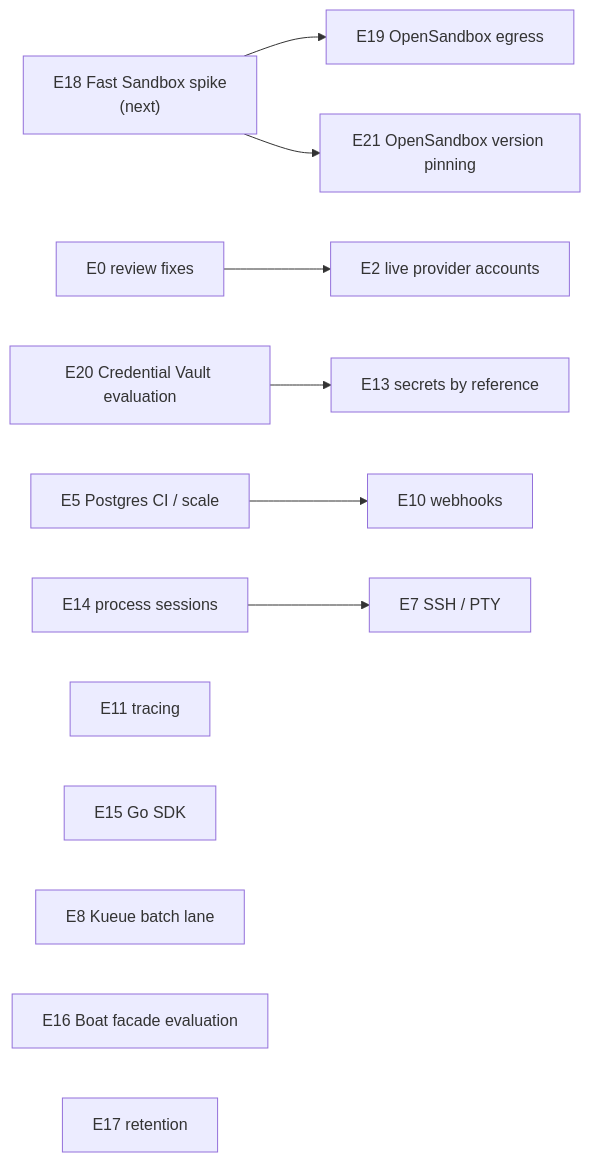
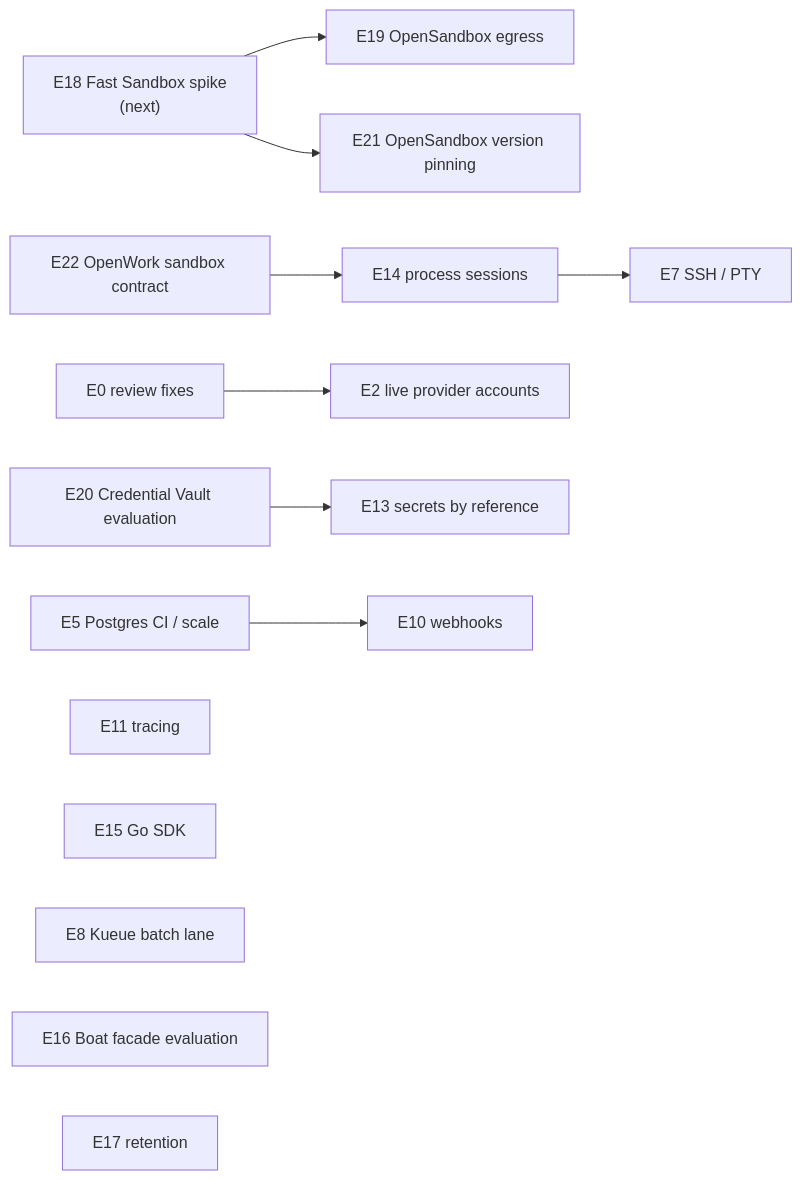
The diagram in docs/backlog.md (different-ai/differently), drawn with Mermaid before and after one commit. The commit also changed other lines of this file and 35 other files, not shown here.

First line of the commit message:
feat: serve OpenWork's sandbox contract, routing one image name to every provider

````diff
--- a/docs/backlog.md
+++ b/docs/backlog.md
@@ -13,14 +13,15 @@
 ```mermaid
 flowchart LR
   E18["E18 Fast Sandbox spike<br/>(next)"] --> E19["E19 OpenSandbox egress"]
   E18 --> E21["E21 OpenSandbox version pinning"]
+  E22["E22 OpenWork sandbox contract"] --> E14["E14 process sessions"]
   E0["E0 review fixes"] --> E2["E2 live provider accounts"]
   E20["E20 Credential Vault evaluation"] --> E13["E13 secrets by reference"]
   E5["E5 Postgres CI / scale"] --> E10["E10 webhooks"]
-  E14["E14 process sessions"] --> E7["E7 SSH / PTY"]
+  E14 --> E7["E7 SSH / PTY"]
   E11["E11 tracing"]
   E15["E15 Go SDK"]
   E8["E8 Kueue batch lane"]
   E16["E16 Boat facade evaluation"]
   E17["E17 retention"]
 ```
````
